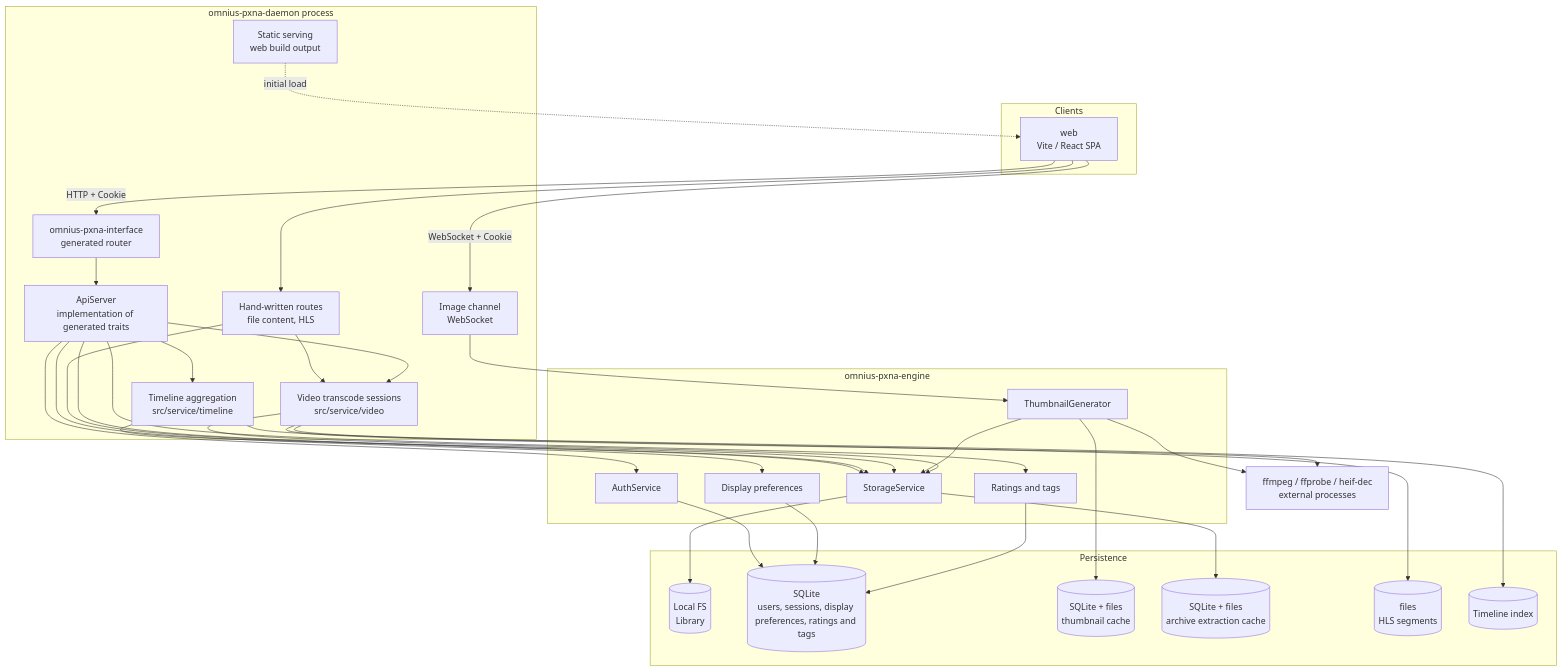
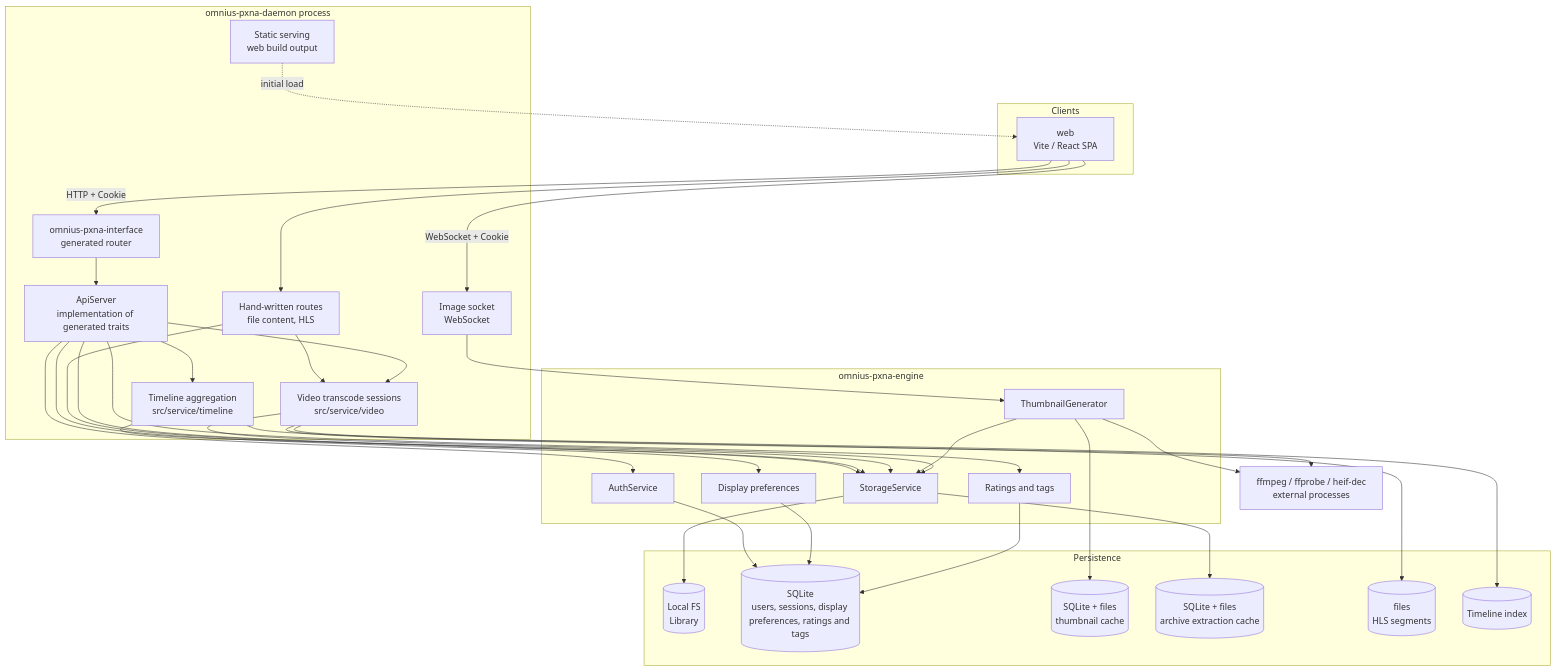
Before and after one commit to omnius-labs/pxna: the first of 3 diagrams in docs/design.md, drawn with Mermaid. The commit also changed other lines of this file and 53 other files, not shown here.

````diff
--- a/docs/design.md
+++ b/docs/design.md
@@ -110,63 +110,63 @@
 ```mermaid
 flowchart TB
     subgraph clients["Clients"]
         web["web<br/>Vite / React SPA"]
     end
 
     subgraph daemonproc["omnius-pxna-daemon process"]
         static["Static serving<br/>web build output"]
         iface["omnius-pxna-interface<br/>generated router"]
         stream["Hand-written routes<br/>file content, HLS"]
-        channel["Image channel<br/>WebSocket"]
+        socket["Image socket<br/>WebSocket"]
         handler["ApiServer<br/>implementation of generated traits"]
         video["Video transcode sessions<br/>src/service/video"]
         timeline["Timeline aggregation<br/>src/service/timeline"]
     end
 
     subgraph engine["omnius-pxna-engine"]
         fs["StorageService"]
         thumb["ThumbnailGenerator"]
         auth["AuthService"]
         prefs["Display preferences"]
         ratings["Ratings and tags"]
     end
 
     ffmpeg["ffmpeg / ffprobe / heif-dec<br/>external processes"]
 
     subgraph persist["Persistence"]
         localfs[("Local FS<br/>Library")]
         sqlite[("SQLite<br/>users, sessions, display preferences, ratings and tags")]
         thumbcache[("SQLite + files<br/>thumbnail cache")]
         archivecache[("SQLite + files<br/>archive extraction cache")]
         segments[("files<br/>HLS segments")]
         timelineidx[("Timeline index")]
     end
 
     web -->|"HTTP + Cookie"| iface
     web --> stream
-    web -->|"WebSocket + Cookie"| channel
+    web -->|"WebSocket + Cookie"| socket
     static -.->|"initial load"| web
     iface --> handler
     stream --> fs
-    channel --> thumb
+    socket --> thumb
     stream --> video
     handler --> fs
     handler --> video
     handler --> auth
     handler --> prefs
     handler --> ratings
     handler --> timeline
     timeline --> fs
     timeline --> timelineidx
     thumb --> fs
     video --> fs
     thumb --> ffmpeg
     video --> ffmpeg
     fs --> localfs
     fs --> archivecache
     thumb --> thumbcache
     video --> segments
     auth --> sqlite
     prefs --> sqlite
     ratings --> sqlite
 ```
````
